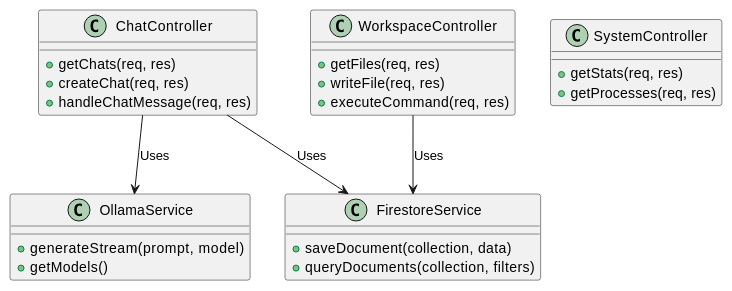
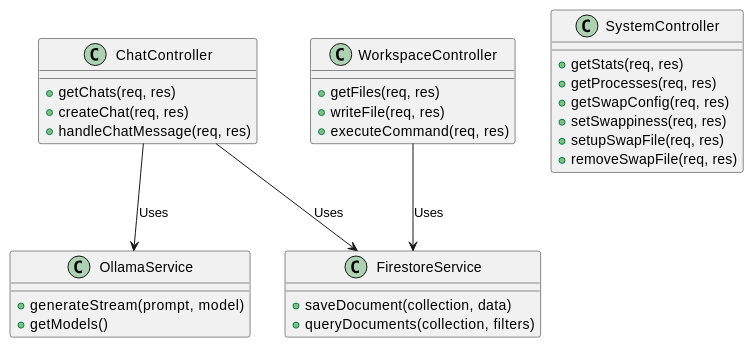
One commit to Thomson1608/Ollama-web changed the ninth of 9 diagrams in PROJECT_UML_DIAGRAMS.md. Above: the diagram before and after it, drawn with PlantUML. The commit also changed 3 other files, not shown here.

````diff
--- a/PROJECT_UML_DIAGRAMS.md
+++ b/PROJECT_UML_DIAGRAMS.md
@@ -275,34 +275,38 @@
 ```plantuml
 @startuml
 class "ChatController" as CC {
   + getChats(req, res)
   + createChat(req, res)
   + handleChatMessage(req, res)
 }
 
 class "WorkspaceController" as WC {
   + getFiles(req, res)
   + writeFile(req, res)
   + executeCommand(req, res)
 }
 
 class "SystemController" as SC {
   + getStats(req, res)
   + getProcesses(req, res)
+  + getSwapConfig(req, res)
+  + setSwappiness(req, res)
+  + setupSwapFile(req, res)
+  + removeSwapFile(req, res)
 }
 
 class "OllamaService" as OS {
   + generateStream(prompt, model)
   + getModels()
 }
 
 class "FirestoreService" as FS {
   + saveDocument(collection, data)
   + queryDocuments(collection, filters)
 }
 
 CC --> OS : Uses
 CC --> FS : Uses
 WC --> FS : Uses
 @enduml
 ```
````
